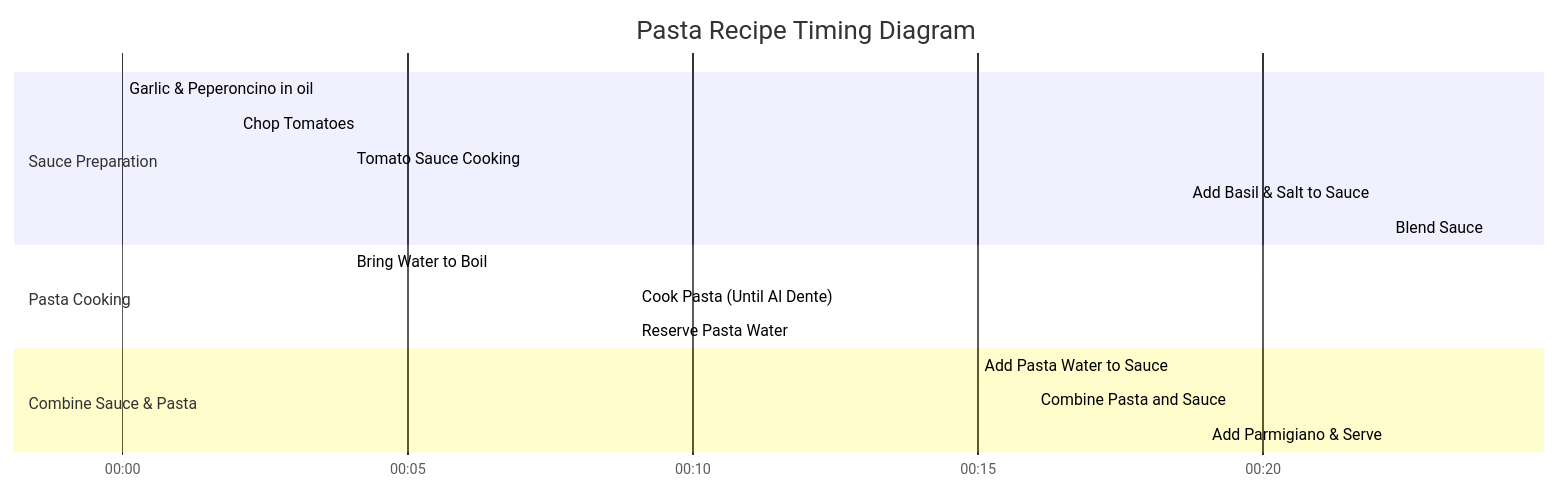
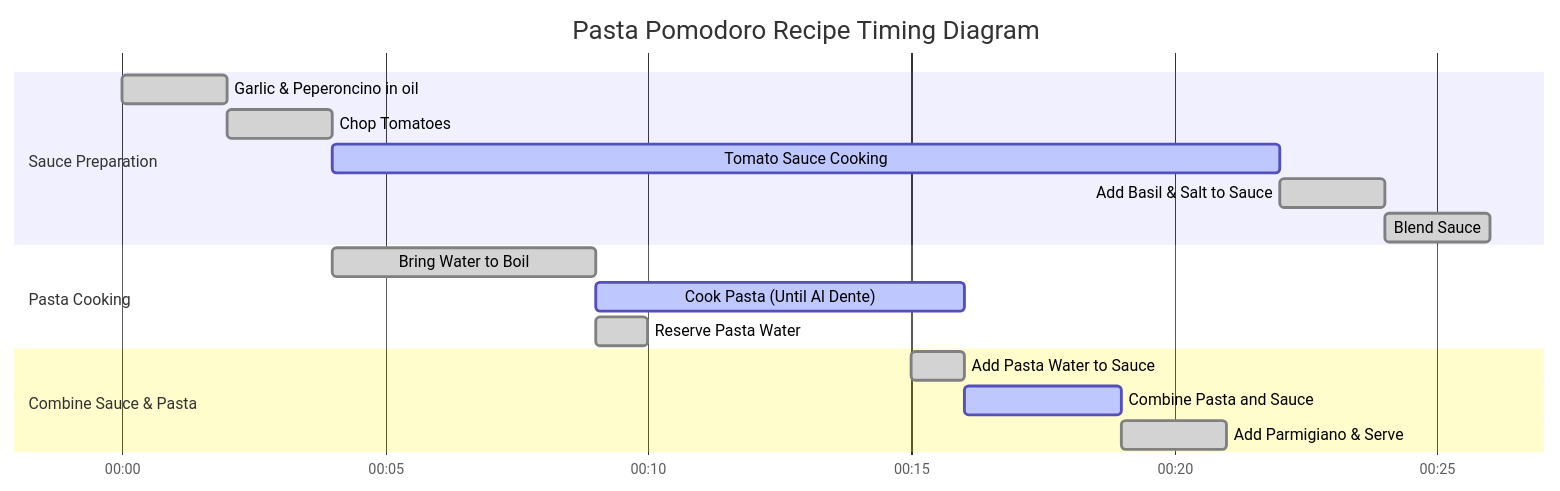
One commit to pramodhegde/recipes changed the diagram in pasta-pomodoro.md. Above: the diagram before and after it, drawn with Mermaid. The commit also changed other lines of this file and 2 other files, not shown here.

Commit message:
Further fix the timing diagrams (#8)

````diff
--- a/pasta-pomodoro.md
+++ b/pasta-pomodoro.md
@@ -76,23 +76,23 @@
 ```mermaid
 gantt
-    title Pasta Recipe Timing Diagram
+    title Pasta Pomodoro Recipe Timing Diagram
 
     dateFormat  HH:mm
     axisFormat  %H:%M
     section Sauce Preparation
-    Garlic & Peperoncino in oil:       00:00, 00:02  done  t("Cook garlic & peperoncino in oil")
-    Chop Tomatoes:                     00:02, 00:04  done  t("Chop tomatoes")
-    Tomato Sauce Cooking:              00:04, 00:22  active  t("Cook tomato sauce")
-    Add Basil & Salt to Sauce:         00:22, 00:24  done  t("Add basil and salt to sauce")
-    Blend Sauce:                       00:24, 00:26  done  t("Blend sauce")
+    Garlic & Peperoncino in oil          :done,    t1, 00:00, 00:02
+    Chop Tomatoes                        :done,    t2, 00:02, 00:04
+    Tomato Sauce Cooking                 :active,  t3, 00:04, 00:22
+    Add Basil & Salt to Sauce            :done,    t4, 00:22, 00:24
+    Blend Sauce                          :done,    t5, 00:24, 00:26
 
     section Pasta Cooking
-    Bring Water to Boil:               00:04, 00:09  done  t("Bring water to a boil")
-    Cook Pasta (Until Al Dente):       00:09, 00:16  active  t("Cook pasta until al dente")
-    Reserve Pasta Water:               00:09, 00:10  done  t("Reserve pasta water")
+    Bring Water to Boil                  :done,    t6, 00:04, 00:09
+    Cook Pasta (Until Al Dente)          :active,  t7, 00:09, 00:16
+    Reserve Pasta Water                  :done,    t8, 00:09, 00:10
 
     section Combine Sauce & Pasta
-    Add Pasta Water to Sauce:          00:15, 00:16  done  t("Add pasta water to sauce")
-    Combine Pasta and Sauce:           00:16, 00:19  active  t("Combine pasta and sauce")
-    Add Parmigiano & Serve:            00:19, 00:21  done  t("Add parmigiano and serve")
+    Add Pasta Water to Sauce             :done,    t9, 00:15, 00:16
+    Combine Pasta and Sauce              :active,  t10, 00:16, 00:19
+    Add Parmigiano & Serve               :done,    t11, 00:19, 00:21
 ```
````
